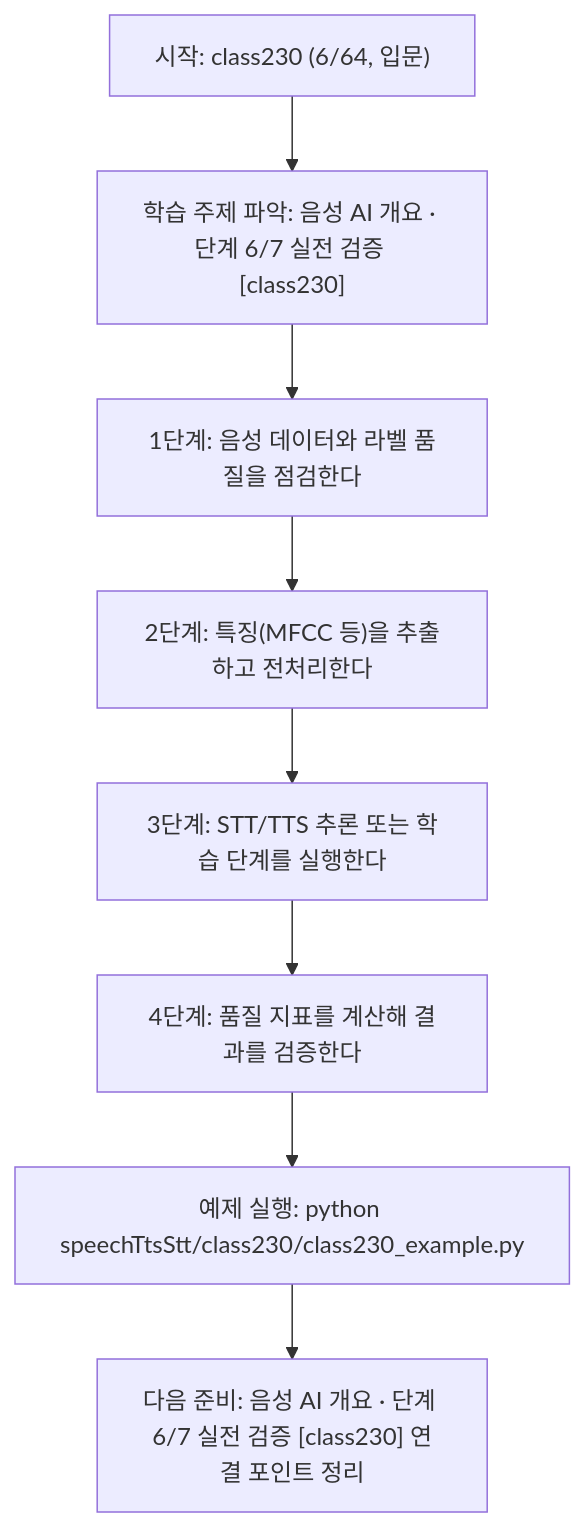
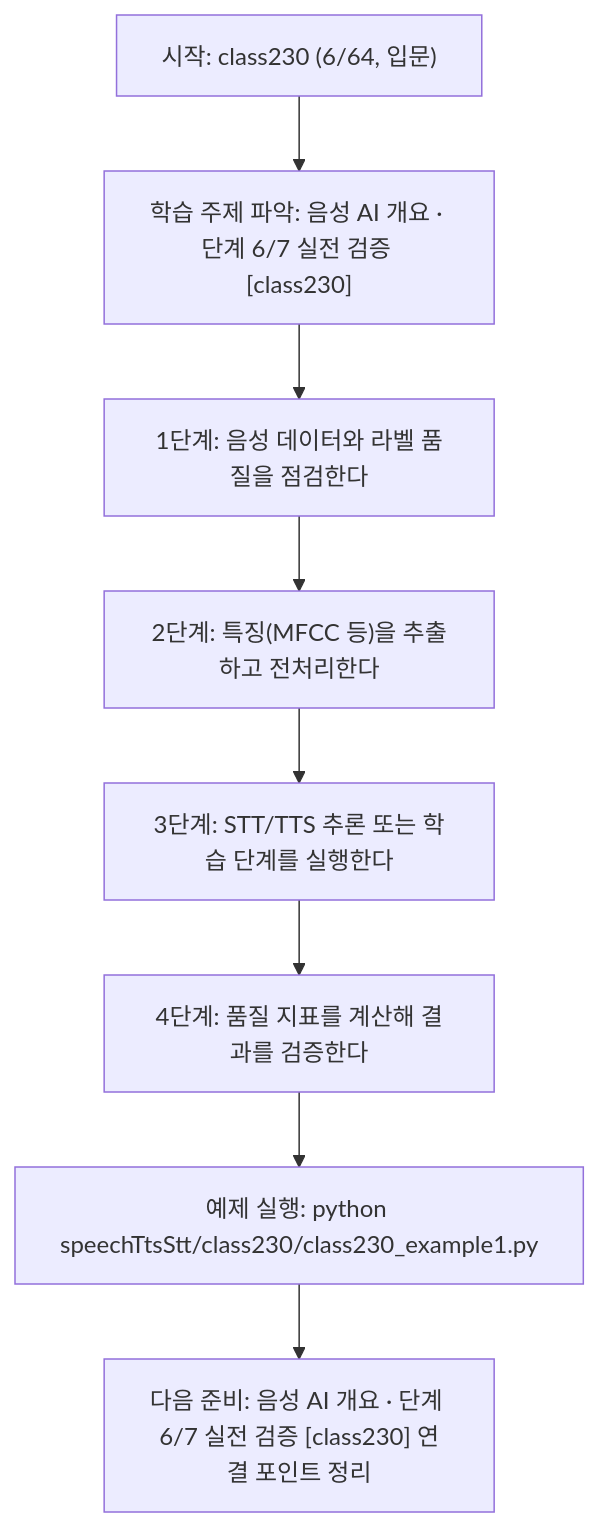
One commit to edumgt/Python-AI_Agent-Class changed the diagram in speechTtsStt/class230/class230.md. Above: the diagram before and after it, drawn with Mermaid. The commit also changed other lines of this file and 2959 other files, not shown here.

````diff
--- a/speechTtsStt/class230/class230.md
+++ b/speechTtsStt/class230/class230.md
@@ -114,18 +114,18 @@
 ```mermaid
 flowchart TD
 N1["시작: class230 (6/64, 입문)"]
 N2["학습 주제 파악: 음성 AI 개요 · 단계 6/7 실전 검증 [class230]"]
 N3["1단계: 음성 데이터와 라벨 품질을 점검한다"]
 N4["2단계: 특징(MFCC 등)을 추출하고 전처리한다"]
 N5["3단계: STT/TTS 추론 또는 학습 단계를 실행한다"]
 N6["4단계: 품질 지표를 계산해 결과를 검증한다"]
-N7["예제 실행: python speechTtsStt/class230/class230_example.py"]
+N7["예제 실행: python speechTtsStt/class230/class230_example1.py"]
 N8["다음 준비: 음성 AI 개요 · 단계 6/7 실전 검증 [class230] 연결 포인트 정리"]
 N1 --> N2
 N2 --> N3
 N3 --> N4
 N4 --> N5
 N5 --> N6
 N6 --> N7
 N7 --> N8
 ```
````
